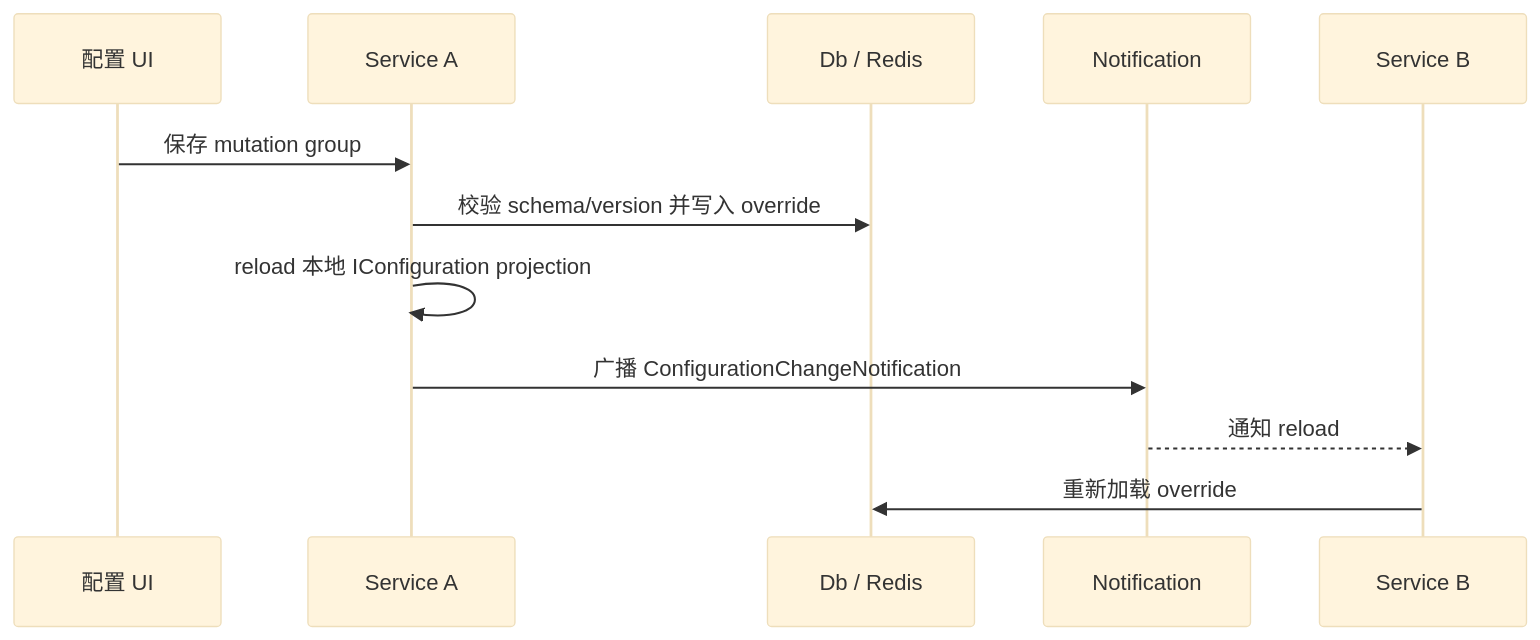
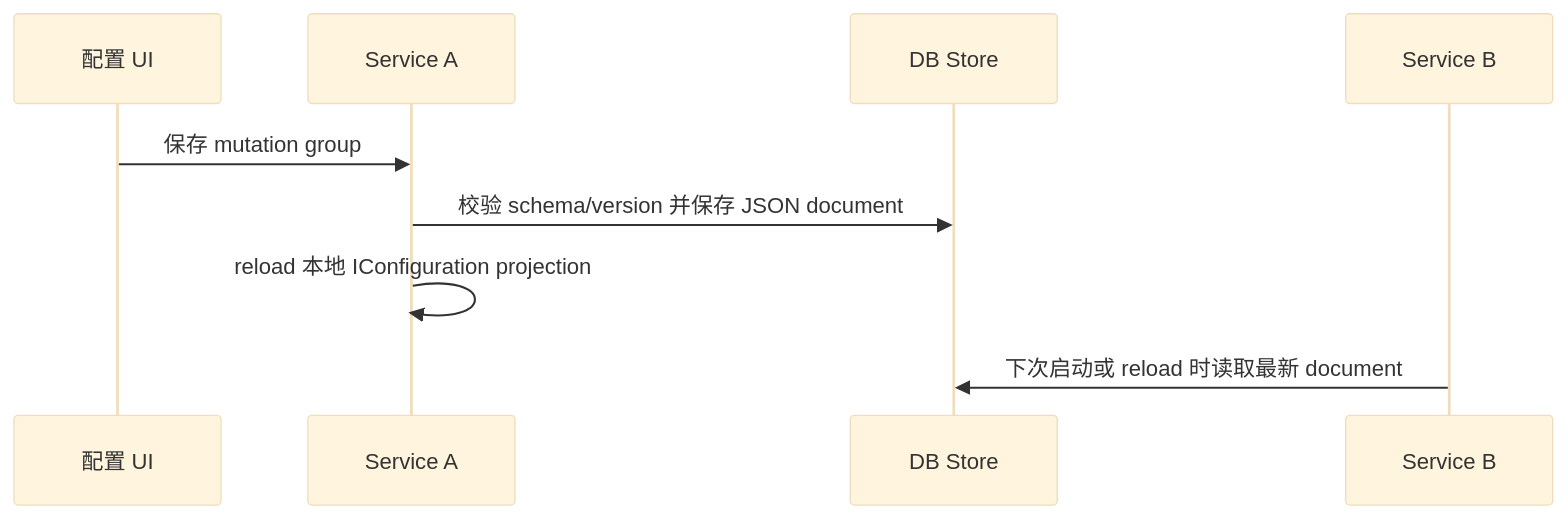
The diagram in docs/zh-CN/modules/configuration/scenarios.md (Tairitsua/Monica.Docs), drawn with Mermaid (base theme) before and after one commit. The commit also changed other lines of this file and 12 other files, not shown here.

First line of the commit message:
docs!: update configuration storage architecture

````diff
--- a/docs/zh-CN/modules/configuration/scenarios.md
+++ b/docs/zh-CN/modules/configuration/scenarios.md
@@ -91,15 +98,12 @@
 ```mermaid
 sequenceDiagram
     participant UI as 配置 UI
     participant ServiceA as Service A
-    participant Store as Db / Redis
-    participant Bus as Notification
+    participant Store as DB Store
     participant ServiceB as Service B
 
     UI->>ServiceA: 保存 mutation group
-    ServiceA->>Store: 校验 schema/version 并写入 override
+    ServiceA->>Store: 校验 schema/version 并保存 JSON document
     ServiceA->>ServiceA: reload 本地 IConfiguration projection
-    ServiceA->>Bus: 广播 ConfigurationChangeNotification
-    Bus-->>ServiceB: 通知 reload
-    ServiceB->>Store: 重新加载 override
+    ServiceB->>Store: 下次启动或 reload 时读取最新 document
 ```
````
